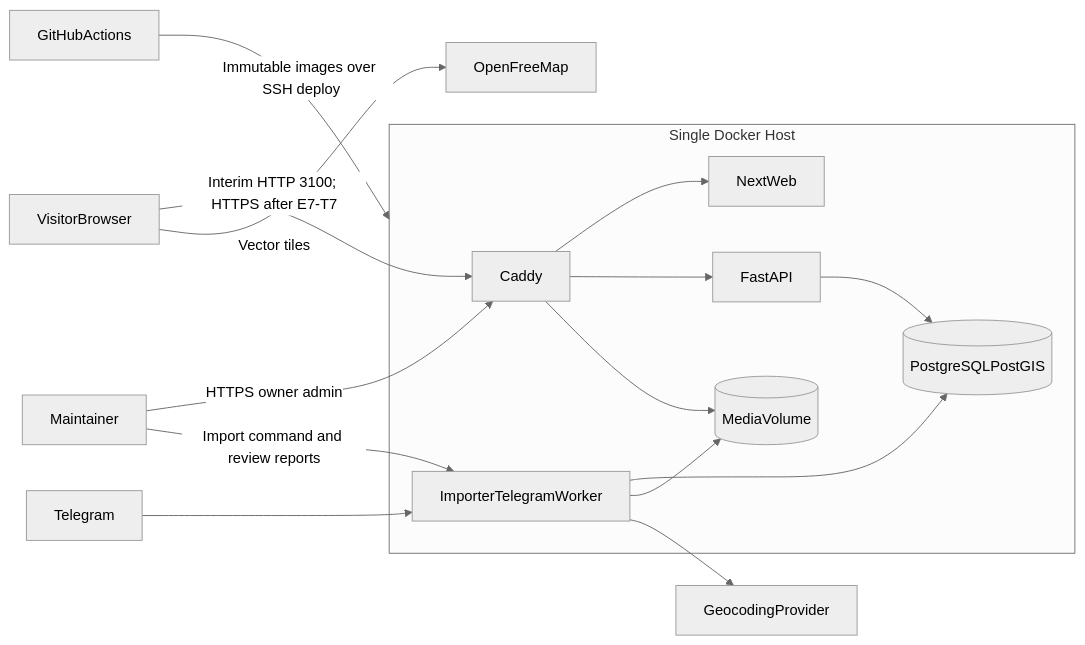
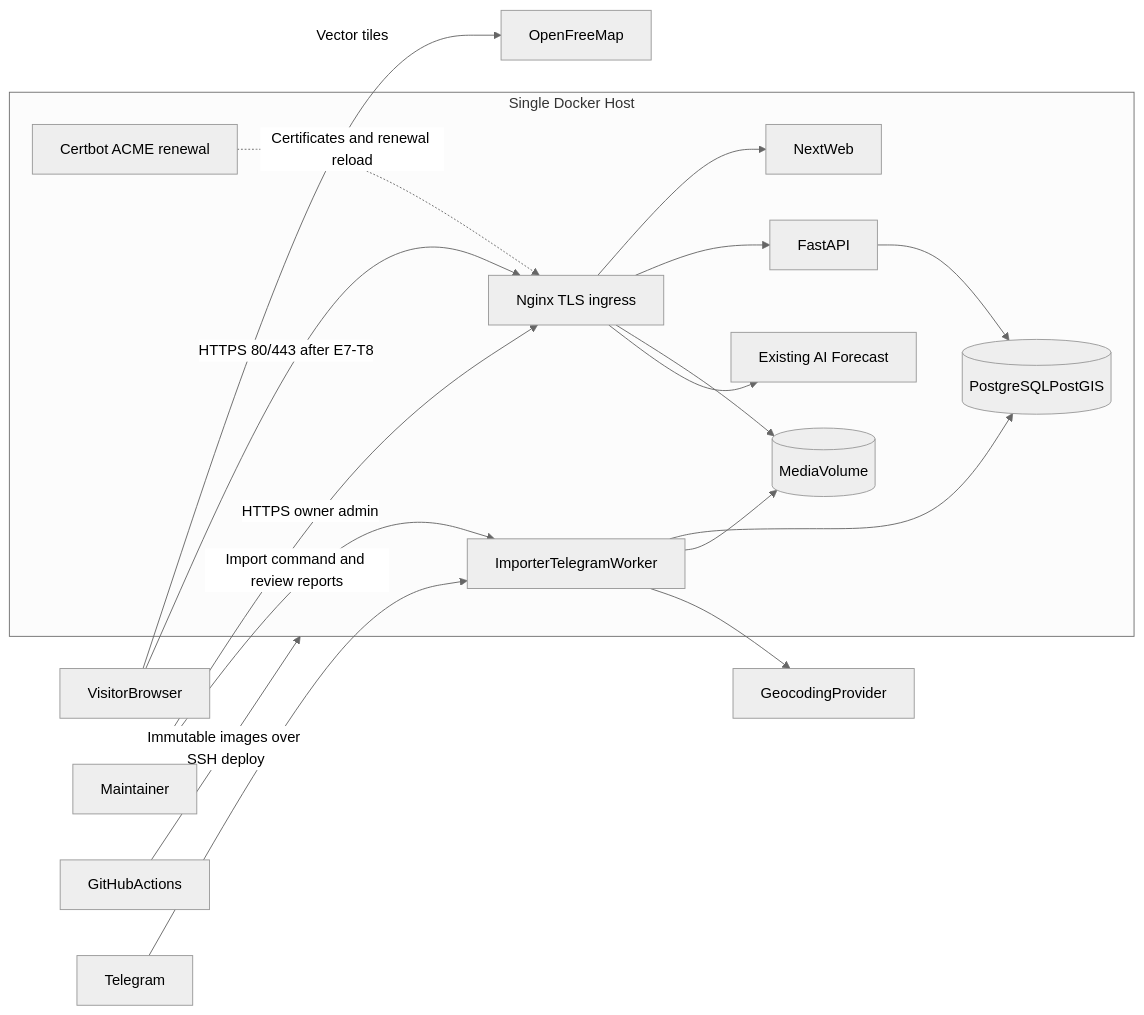
One commit to Flippylolz/WEF changed the first of 2 diagrams in AI/architecture/SYSTEM.md. Above: the diagram before and after it, drawn with Mermaid (neutral theme). The commit also changed other lines of this file and 23 other files, not shown here.

Commit message:
docs: select nginx shared TLS ingress

````diff
--- a/AI/architecture/SYSTEM.md
+++ b/AI/architecture/SYSTEM.md
@@ -15,32 +15,36 @@
 ```mermaid
 flowchart LR
     visitor[VisitorBrowser]
     maintainer[Maintainer]
     github[GitHubActions]
     telegram[Telegram]
     geocoder[GeocodingProvider]
     tiles[OpenFreeMap]
 
     subgraph server [Single Docker Host]
-        caddy[Caddy]
+        nginx[Nginx TLS ingress]
+        certbot[Certbot ACME renewal]
         web[NextWeb]
         api[FastAPI]
         worker[ImporterTelegramWorker]
         db[(PostgreSQLPostGIS)]
         media[(MediaVolume)]
+        forecast[Existing AI Forecast]
     end
 
-    visitor -->|"Interim HTTP 3100; HTTPS after E7-T7"| caddy
+    visitor -->|"HTTPS 80/443 after E7-T8"| nginx
     visitor -->|"Vector tiles"| tiles
-    caddy --> web
-    caddy --> api
-    caddy --> media
+    nginx --> web
+    nginx --> api
+    nginx --> media
+    nginx --> forecast
+    certbot -.->|"Certificates and renewal reload"| nginx
     api --> db
     worker --> db
     worker --> media
     worker --> geocoder
     telegram --> worker
-    maintainer -->|"HTTPS owner admin"| caddy
+    maintainer -->|"HTTPS owner admin"| nginx
     maintainer -->|"Import command and review reports"| worker
     github -->|"Immutable images over SSH deploy"| server
 ```
````
